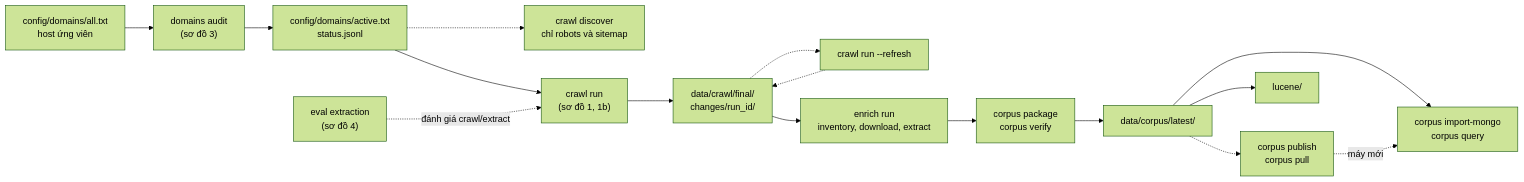
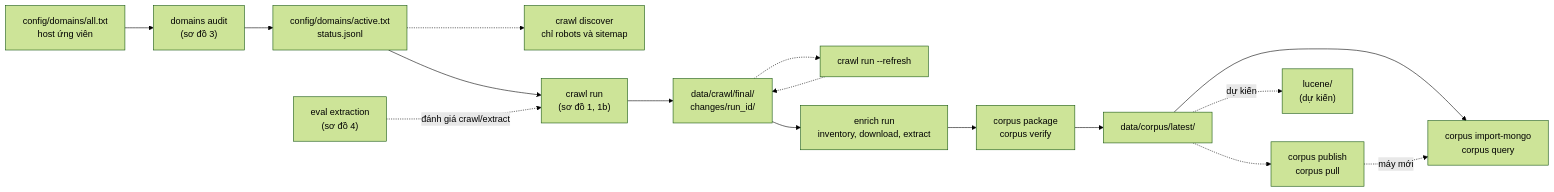
The second of 7 diagrams in data_pipeline/docs/architecture.md (doanan293/WebCorpusPipeline), drawn with Mermaid (forest theme) before and after one commit. The commit also changed other lines of this file and 11 other files, not shown here.

````diff
--- a/data_pipeline/docs/architecture.md
+++ b/data_pipeline/docs/architecture.md
@@ -67,26 +68,26 @@
 ```mermaid
 flowchart LR
     ALL["config/domains/all.txt<br/>host ứng viên"]
     AUDIT["domains audit<br/>(sơ đồ 3)"]
     ACTIVE["config/domains/active.txt<br/>status.jsonl"]
     DISC["crawl discover<br/>chỉ robots và sitemap"]
     CRAWL["crawl run<br/>(sơ đồ 1, 1b)"]
     FINAL["data/crawl/final/<br/>changes/run_id/"]
     REFRESH["crawl run --refresh"]
     ENRICH["enrich run<br/>inventory, download, extract"]
     PACK["corpus package<br/>corpus verify"]
     CORPUS["data/corpus/latest/"]
     MONGO["corpus import-mongo<br/>corpus query"]
     KAGGLE["corpus publish<br/>corpus pull"]
-    LUCENE["lucene/"]
+    LUCENE["lucene/<br/>(dự kiến)"]
     EVAL["eval extraction<br/>(sơ đồ 4)"]
 
     ALL --> AUDIT --> ACTIVE --> CRAWL --> FINAL --> ENRICH --> PACK --> CORPUS
     ACTIVE -.-> DISC
     FINAL -.-> REFRESH -.-> FINAL
     CORPUS --> MONGO
     CORPUS -.-> KAGGLE
     KAGGLE -. "máy mới" .-> MONGO
-    CORPUS --> LUCENE
+    CORPUS -. "dự kiến" .-> LUCENE
     EVAL -. "đánh giá crawl/extract" .-> CRAWL
 ```
````
